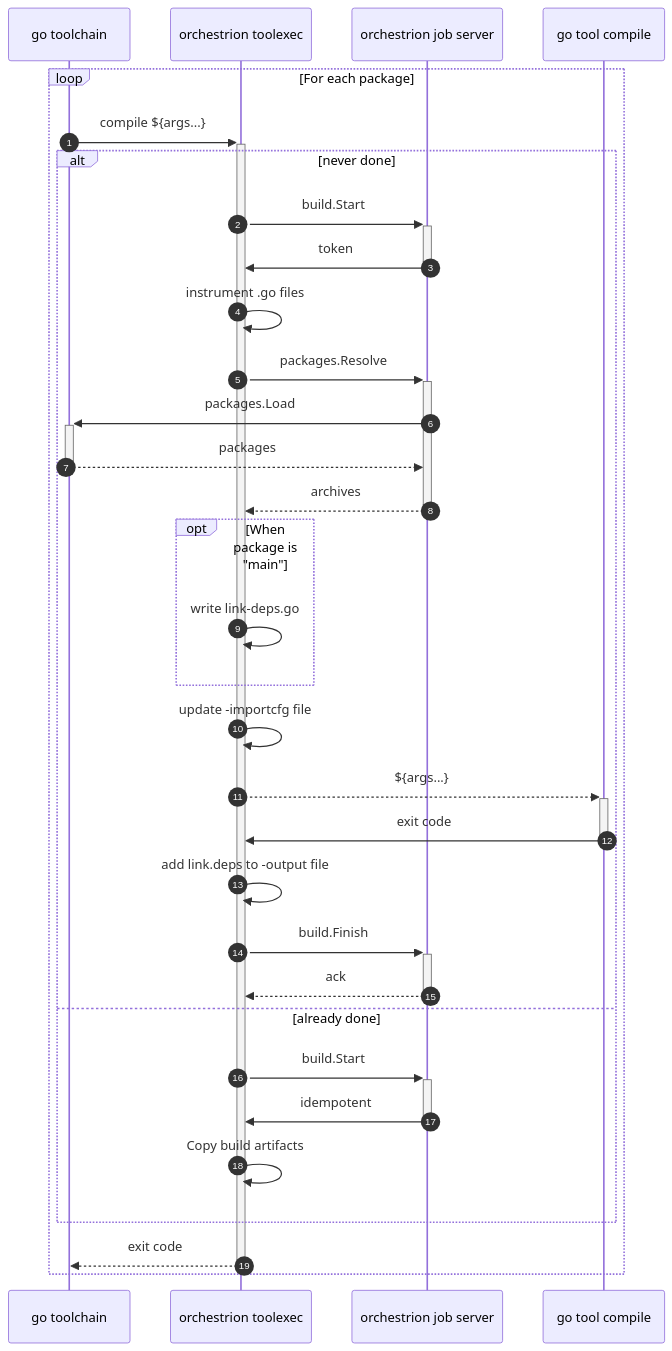
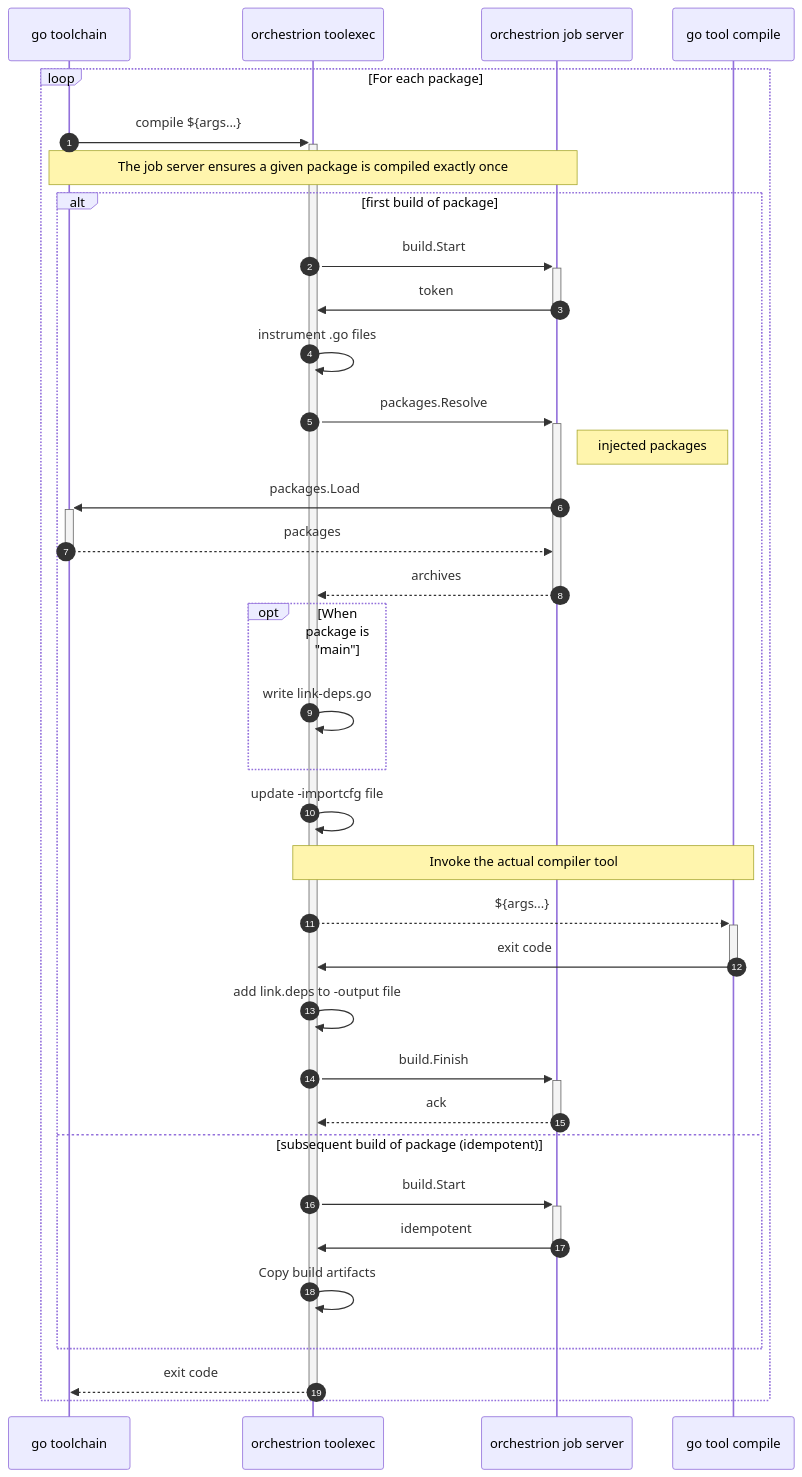
One commit to DataDog/orchestrion changed the second of 3 diagrams in _docs/content/docs/architecture.md. Above: the diagram before and after it, drawn with Mermaid. The commit also changed other lines of this file, not shown here.

Commit message:
Add some comments on the diagrams, clarify linker process

````diff
--- a/_docs/content/docs/architecture.md
+++ b/_docs/content/docs/architecture.md
@@ -83,36 +83,39 @@
 ```mermaid
 sequenceDiagram
   autonumber
 
   participant Toolchain as go toolchain
   participant Orchestrion as orchestrion toolexec
   participant JobServer as orchestrion job server
   participant Compiler as go tool compile
 
   loop For each package
     Toolchain ->>+ Orchestrion: compile ${args...}
-    alt never done
+    note over Toolchain,JobServer: The job server ensures a given package is compiled exactly once
+    alt first build of package
       Orchestrion ->>+ JobServer: build.Start
       JobServer ->>- Orchestrion: token
       Orchestrion ->> Orchestrion: instrument .go files
       Orchestrion ->>+ JobServer: packages.Resolve
+      note right of JobServer: injected packages
       JobServer ->>+ Toolchain: packages.Load
       Toolchain -->>- JobServer: packages
       JobServer -->>- Orchestrion: archives
       opt When package is "main"
         Orchestrion ->> Orchestrion: write link-deps.go
       end
       Orchestrion ->> Orchestrion: update -importcfg file
+      note over Orchestrion,Compiler: Invoke the actual compiler tool
       Orchestrion -->>+ Compiler: ${args...}
       Compiler ->>- Orchestrion: exit code
       Orchestrion ->> Orchestrion: add link.deps to -output file
       Orchestrion ->>+ JobServer: build.Finish
       JobServer -->>- Orchestrion: ack
-    else already done
+    else subsequent build of package (idempotent)
       Orchestrion ->>+ JobServer: build.Start
       JobServer ->>- Orchestrion: idempotent
       Orchestrion ->> Orchestrion: Copy build artifacts
     end
     Orchestrion -->>- Toolchain: exit code
   end
 ```
````
